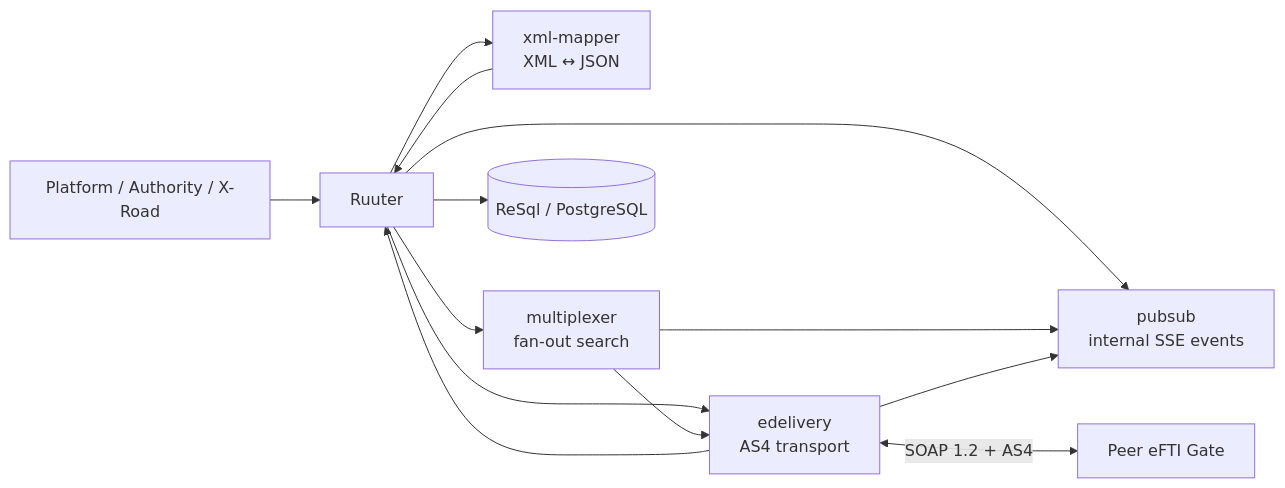
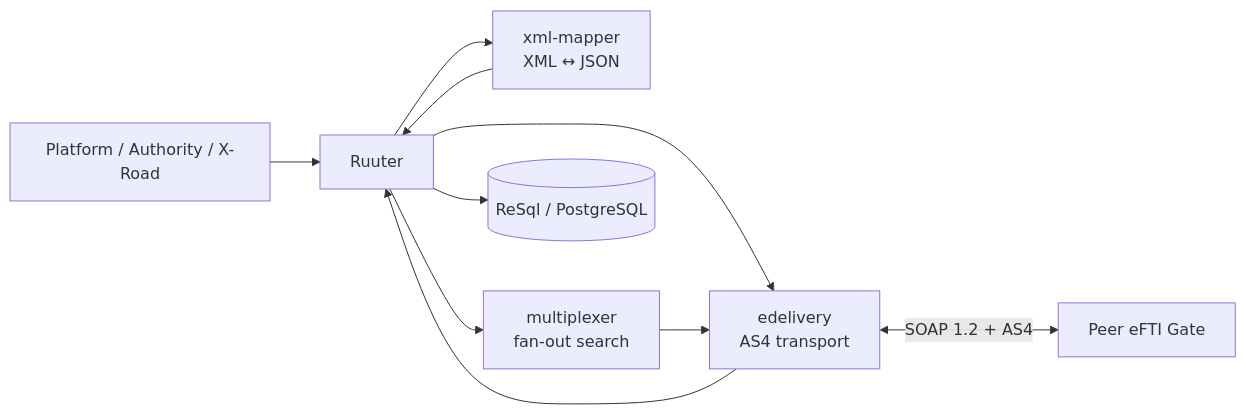
One commit to kemit-ee/efti-gate-ee changed the first of 5 diagrams in docs/architecture/integrations/internal-kotlin-services.md. Above: the diagram before and after it, drawn with Mermaid. The commit also changed other lines of this file and 48 other files, not shown here.

First line of the commit message:
replace pubsub SSE with async_responses atomic claim and remove pubsub

````diff
--- a/docs/architecture/integrations/internal-kotlin-services.md
+++ b/docs/architecture/integrations/internal-kotlin-services.md
@@ -17,15 +17,12 @@
 ```mermaid
 flowchart LR
     Caller[Platform / Authority / X-Road] --> R[Ruuter]
     R --> XM[xml-mapper<br/>XML ↔ JSON]
     R --> M[multiplexer<br/>fan-out search]
     R --> E[edelivery<br/>AS4 transport]
-    R --> PS[pubsub<br/>internal SSE events]
     XM --> R
     M --> E
-    M --> PS
     E --> R
-    E --> PS
     R --> DB[(ReSql / PostgreSQL)]
     E <-->|SOAP 1.2 + AS4| Peer[Peer eFTI Gate]
 ```
````
